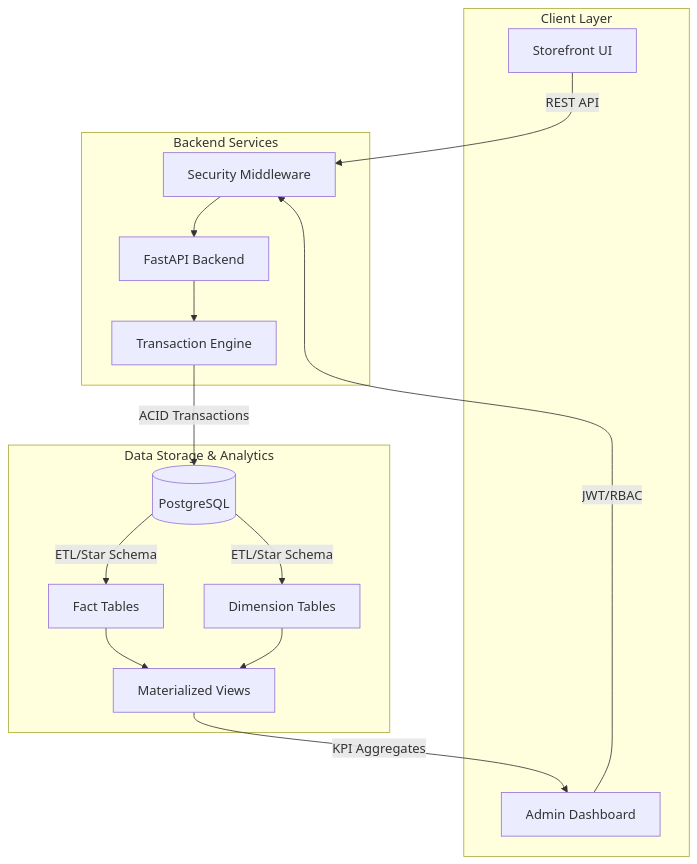
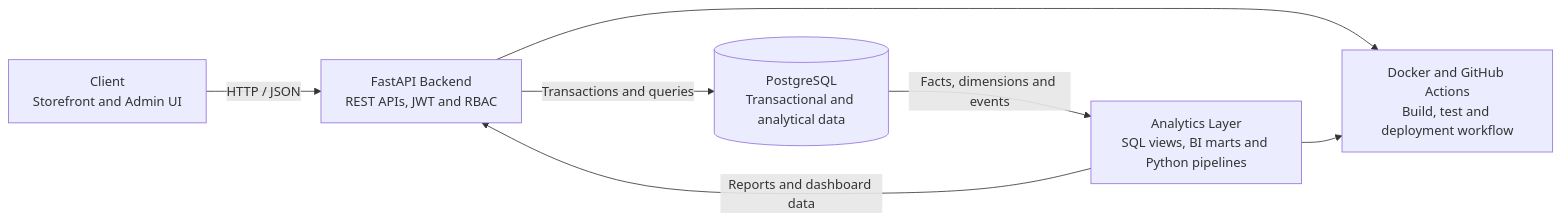
The first of 2 diagrams in README.md (girishk03/GlobalScart), drawn with Mermaid before and after one commit. The commit also changed other lines of this file, not shown here.

````diff
--- a/README.md
+++ b/README.md
@@ -20,32 +47,15 @@
 ```mermaid
-graph TD
-    subgraph Client_Layer [Client Layer]
-        C[Storefront UI]
-        A[Admin Dashboard]
-    end
+flowchart LR
+    Client[Client<br/>Storefront and Admin UI]
+    API[FastAPI Backend<br/>REST APIs, JWT and RBAC]
+    DB[(PostgreSQL<br/>Transactional and analytical data)]
+    Analytics[Analytics Layer<br/>SQL views, BI marts and Python pipelines]
+    Delivery[Docker and GitHub Actions<br/>Build, test and deployment workflow]
 
-    subgraph Backend_Layer [Backend Services]
-        F[FastAPI Backend]
-        M[Security Middleware]
-        T[Transaction Engine]
-    end
-
-    subgraph Database_Layer [Data Storage & Analytics]
-        DB[(PostgreSQL)]
-        Fact[Fact Tables]
-        Dim[Dimension Tables]
-        Views[Materialized Views]
-    end
-
-    C -->|REST API| M
-    A -->|JWT/RBAC| M
-    M --> F
-    F --> T
-    T -->|ACID Transactions| DB
-    
-    DB -->|ETL/Star Schema| Dim
-    DB -->|ETL/Star Schema| Fact
-    Fact --> Views
-    Dim --> Views
-    Views -->|KPI Aggregates| A
+    Client -->|HTTP / JSON| API
+    API -->|Transactions and queries| DB
+    DB -->|Facts, dimensions and events| Analytics
+    Analytics -->|Reports and dashboard data| API
+    API --> Delivery
+    Analytics --> Delivery
 ```
````
